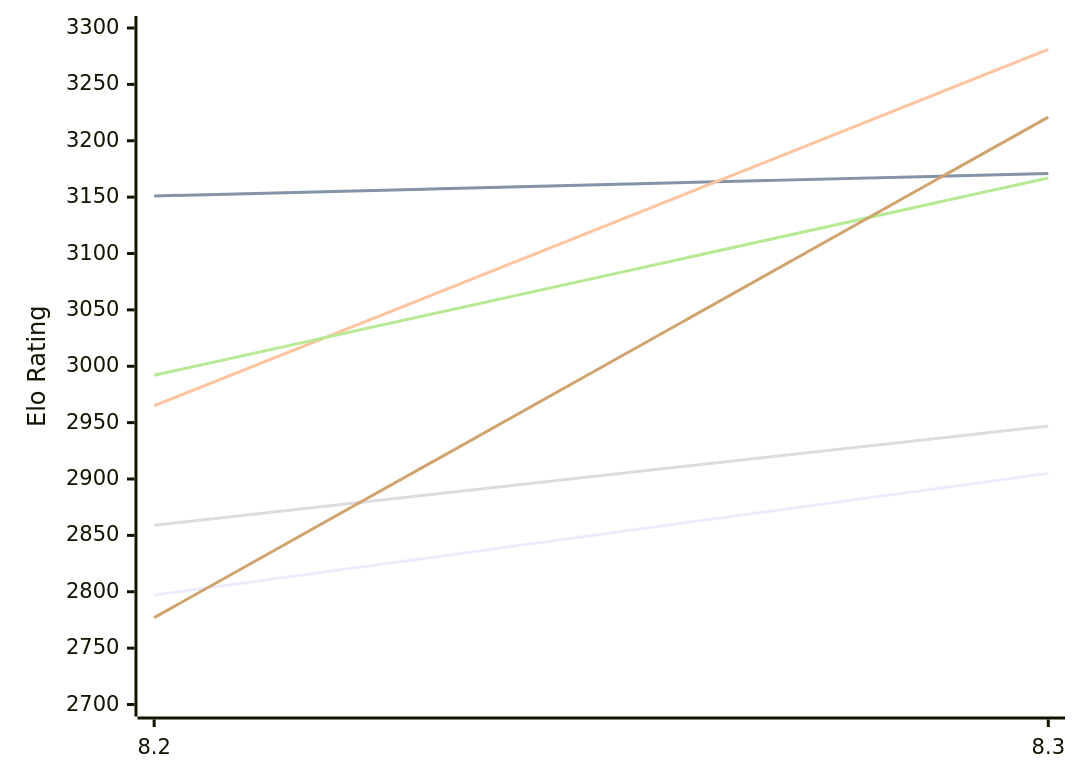
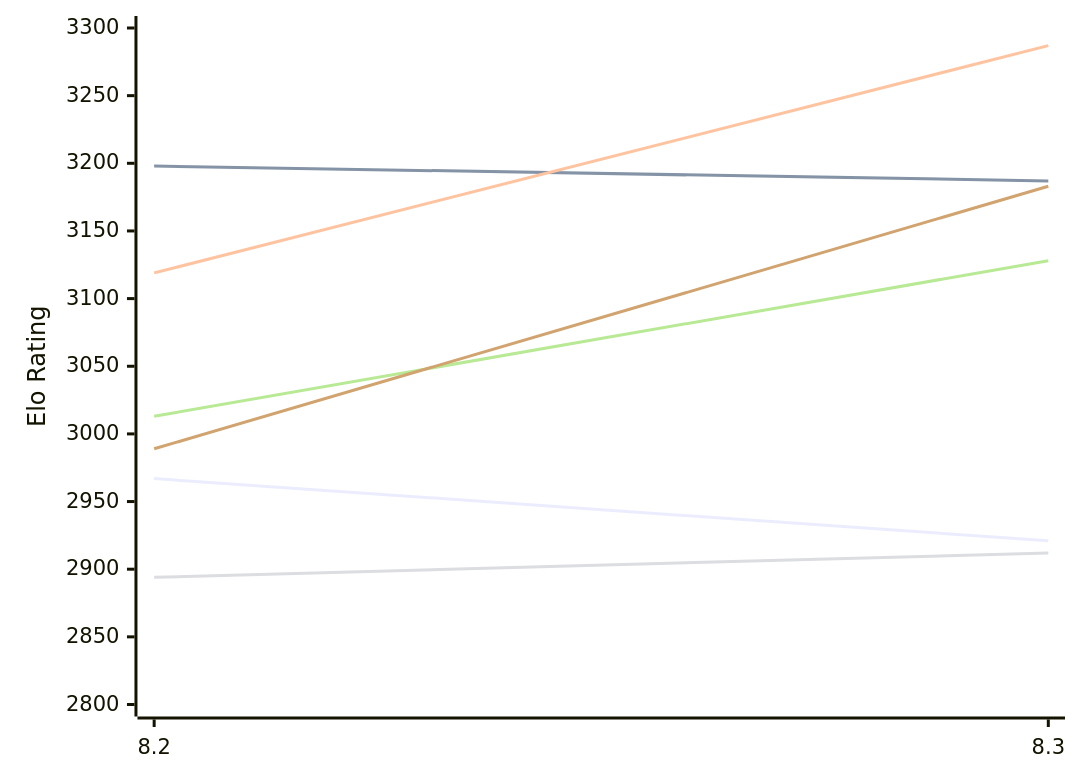
Before and after one commit to computer-chess-index/cci: the first of 2 diagrams in engines/Alexander.md, drawn with Mermaid. The commit also changed other lines of this file, not shown here.

Commit message:
Update CCI Ratings (ELO VLTC) - 2026-11-14

````diff
--- a/engines/Alexander.md
+++ b/engines/Alexander.md
@@ -52,12 +52,12 @@
 ```mermaid
 %%{init: {"theme":"base","themeVariables":{"seriesColors:['#a3a3a3','#222221','#faa371']}}}%%
 xychart-beta
   x-axis ["8.2", "8.3"]
-  y-axis "Elo Rating" 2700 --> 3300
-  line "E1: STC (8.0+0.08s)" [2797, 2905]
-  line "E1: LTC (60.0+0.60s)" [3151, 3171]
-  line "E1: VLTC (2m24s+1.12s)" [2965, 3281]
-  line "P1: STC (8.0+0.08s)" [2859, 2947]
-  line "P1: LTC (60.0+0.60s)" [2992, 3167]
-  line "P1: VLTC (2m24s+1.12s)" [2777, 3221]
+  y-axis "Elo Rating" 2800 --> 3300
+  line "E1: STC (8.0+0.08s)" [2967, 2921]
+  line "E1: LTC (60.0+0.60s)" [3198, 3187]
+  line "E1: VLTC (2m24s+1.12s)" [3119, 3287]
+  line "P1: STC (8.0+0.08s)" [2894, 2912]
+  line "P1: LTC (60.0+0.60s)" [3013, 3128]
+  line "P1: VLTC (2m24s+1.12s)" [2989, 3183]
 ```
````
